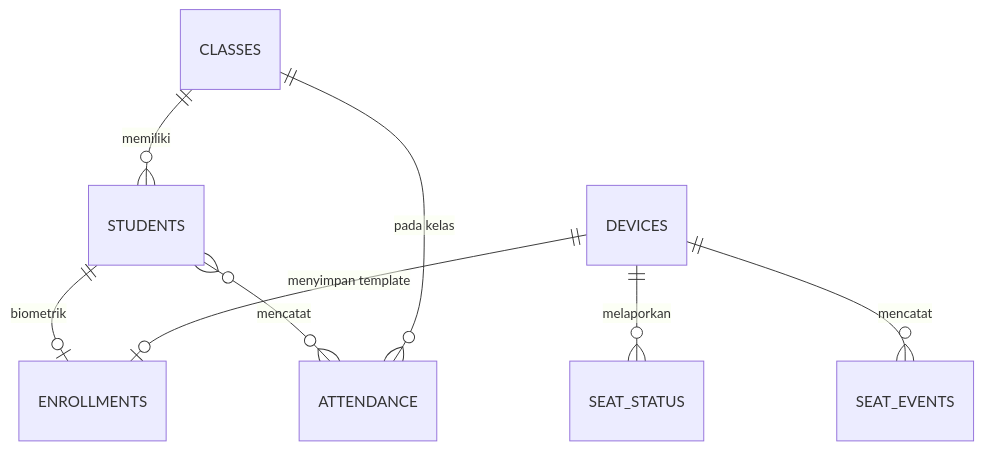
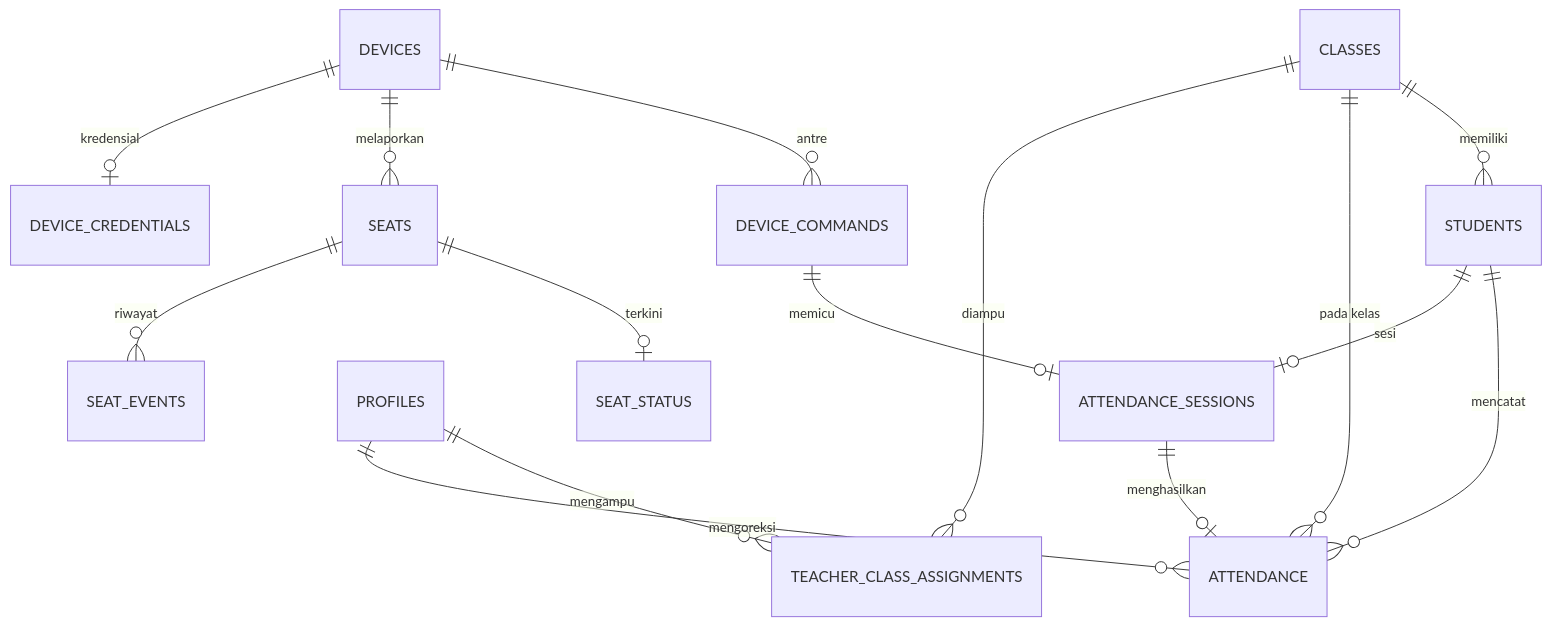
One commit to DandiKurnia/ProyekSK changed the diagram in ObsidianAllProgramSK/docs/database.md. Above: the diagram before and after it, drawn with Mermaid. The commit also changed other lines of this file and 18 other files, not shown here.

````diff
--- a/ObsidianAllProgramSK/docs/database.md
+++ b/ObsidianAllProgramSK/docs/database.md
@@ -45,10 +211,17 @@
 ```mermaid
 erDiagram
     CLASSES ||--o{ STUDENTS : "memiliki"
-    STUDENTS ||--o| ENROLLMENTS : "biometrik"
-    STUDENTS }o--o{ ATTENDANCE : "mencatat"
     CLASSES ||--o{ ATTENDANCE : "pada kelas"
-    DEVICES ||--o| ENROLLMENTS : "menyimpan template"
-    DEVICES ||--o{ SEAT_STATUS : "melaporkan"
-    DEVICES ||--o{ SEAT_EVENTS : "mencatat"
+    STUDENTS ||--o{ ATTENDANCE : "mencatat"
+    STUDENTS ||--o| ATTENDANCE_SESSIONS : "sesi"
+    PROFILES ||--o{ TEACHER_CLASS_ASSIGNMENTS : "mengampu"
+    CLASSES ||--o{ TEACHER_CLASS_ASSIGNMENTS : "diampu"
+    DEVICES ||--o{ DEVICE_COMMANDS : "antre"
+    DEVICE_COMMANDS ||--o| ATTENDANCE_SESSIONS : "memicu"
+    ATTENDANCE_SESSIONS ||--o| ATTENDANCE : "menghasilkan"
+    PROFILES ||--o{ ATTENDANCE : "mengoreksi"
+    DEVICES ||--o{ SEATS : "melaporkan"
+    SEATS ||--o| SEAT_STATUS : "terkini"
+    SEATS ||--o{ SEAT_EVENTS : "riwayat"
+    DEVICES ||--o| DEVICE_CREDENTIALS : "kredensial"
 ```
````
